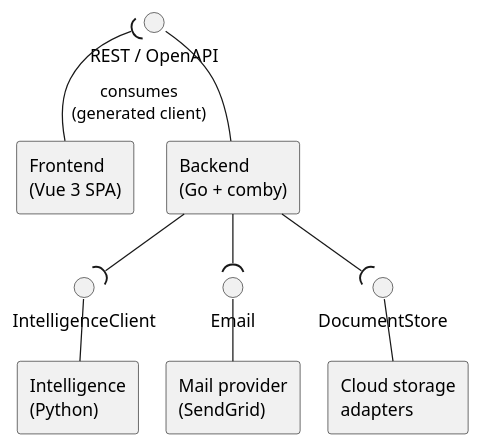
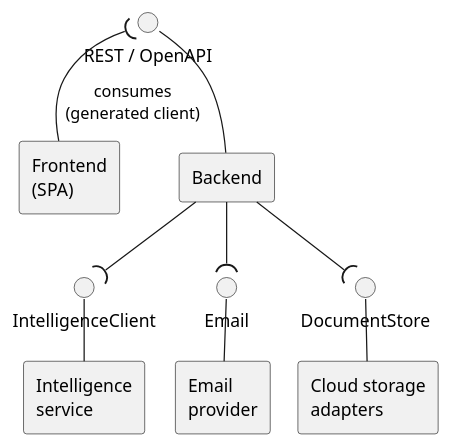
The diagram in report/Chapter3/figures/component-view.puml (idris-saddi/pfe-report), drawn with PlantUML before and after one commit. The commit also changed 34 other files, not shown here.

First line of the commit message:
Update diagrams and adjust font sizes in PlantUML files

```diff
--- a/report/Chapter3/figures/component-view.puml
+++ b/report/Chapter3/figures/component-view.puml
@@ -1,37 +1,39 @@
 @startuml component-view
 '==============================================================================
-' Figure (Chapter II): CLMPilot component view -- one provided interface and
+' Figure (Chapter III): CLMPilot component view -- one provided interface and
 ' three required interfaces, each named so the implementation is swappable.
+' Conceptual on purpose (supervisor feedback): roles, not products -- the
+' concrete tools behind each component are named in Chapter IV.
 ' Render:  plantuml -tpdf component-view.puml      (or -tpng)
 '==============================================================================
 skinparam shadowing false
 skinparam defaultFontName Helvetica
 skinparam componentStyle rectangle
 skinparam ranksep 26
 skinparam nodesep 22
 
-component "Frontend\n(Vue 3 SPA)" as fe
-component "Backend\n(Go + comby)" as be
+component "Frontend\n(SPA)" as fe
+component "Backend" as be
 
 ' Provided interface: the generated REST/OpenAPI contract.
 interface "REST / OpenAPI" as rest
 be -up- rest
 fe -up-( rest : consumes\n(generated client)
 
 ' Required interfaces: named seams behind which providers are swappable.
 interface "IntelligenceClient" as iIntel
 interface "Email" as iMail
 interface "DocumentStore" as iStore
 
 be -down-( iIntel
 be -down-( iMail
 be -down-( iStore
 
-component "Intelligence\n(Python)" as intel
-component "Mail provider\n(SendGrid)" as mail
+component "Intelligence\nservice" as intel
+component "Email\nprovider" as mail
 component "Cloud storage\nadapters" as store
 
 iIntel -down- intel
 iMail  -down- mail
 iStore -down- store
 @enduml
```
